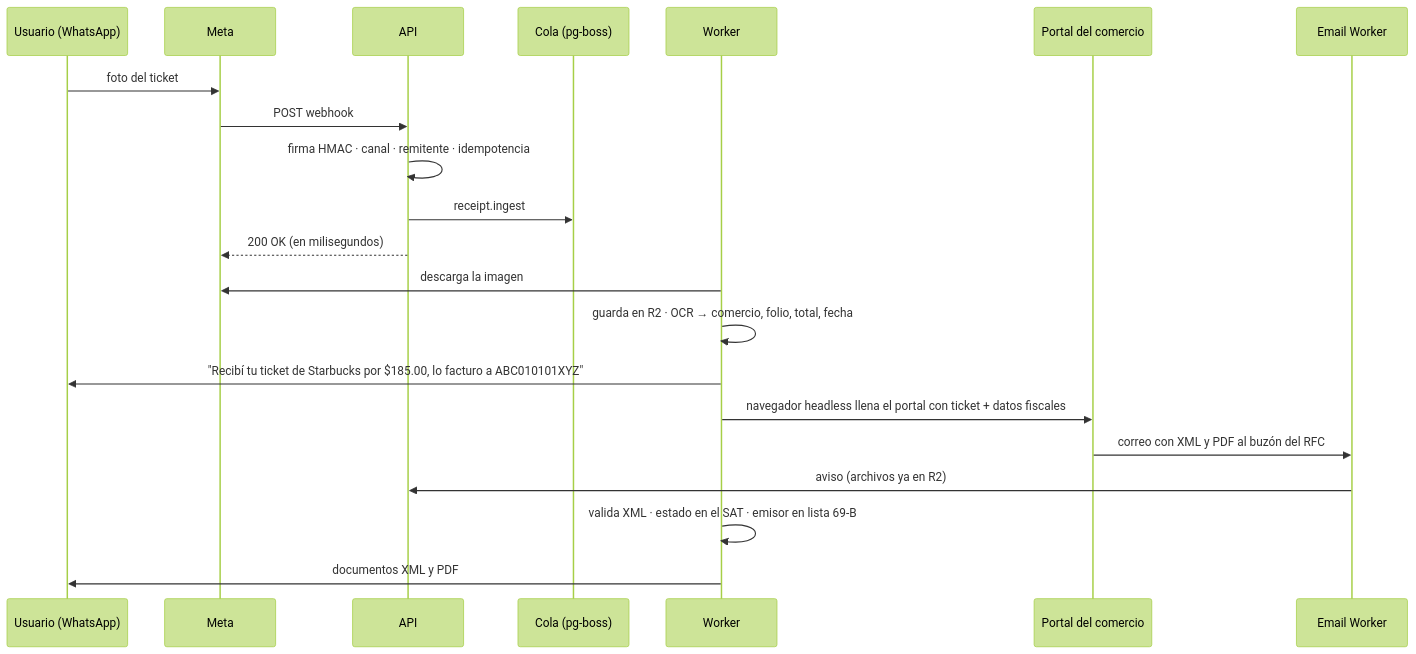
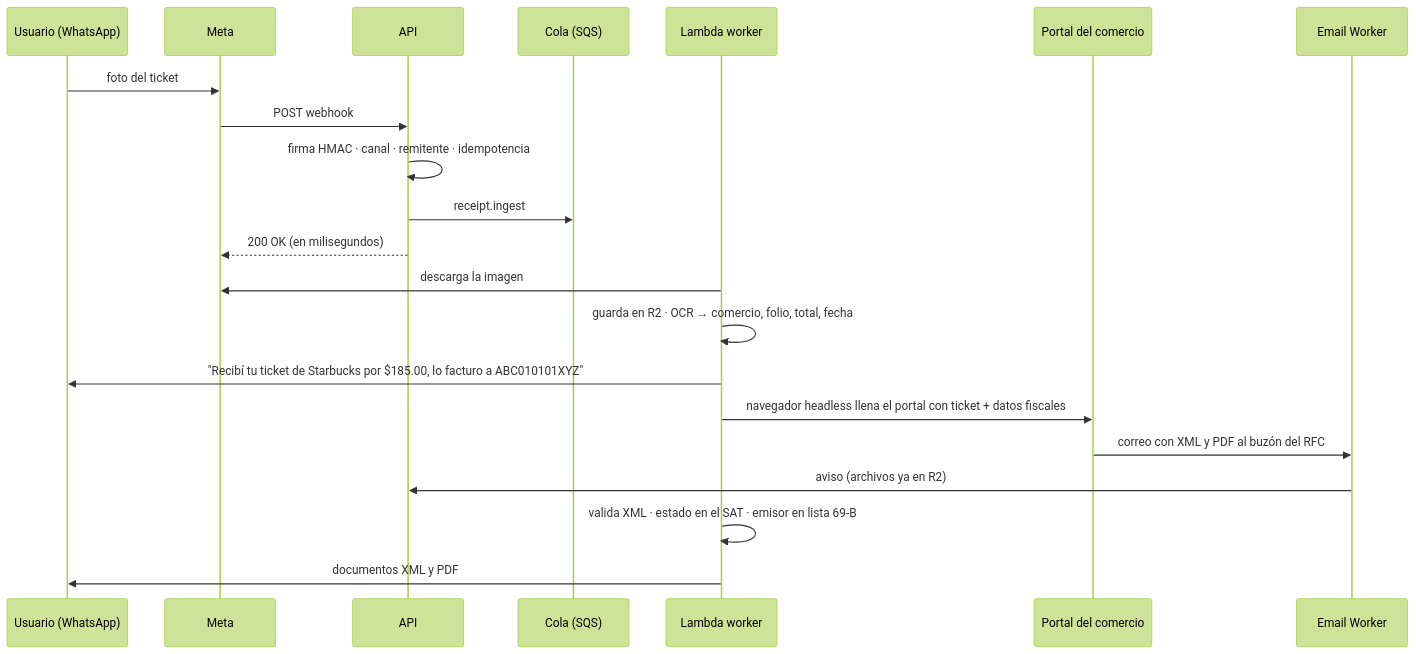
Before and after one commit to AldoRxz/Escala-Ticbo-backend: the sixth of 7 diagrams in docs/architecture/backend-design.md, drawn with Mermaid (forest theme). The commit also changed other lines of this file and 1 other file, not shown here.

Commit message:
Document Lambda, SQS and Supabase deployment architecture

````diff
--- a/docs/architecture/backend-design.md
+++ b/docs/architecture/backend-design.md
@@ -386,23 +418,23 @@
 ```mermaid
 sequenceDiagram
   participant U as Usuario (WhatsApp)
   participant M as Meta
   participant API
-  participant Q as Cola (pg-boss)
-  participant W as Worker
+  participant Q as Cola (SQS)
+  participant W as Lambda worker
   participant P as Portal del comercio
   participant E as Email Worker
   U->>M: foto del ticket
   M->>API: POST webhook
   API->>API: firma HMAC · canal · remitente · idempotencia
   API->>Q: receipt.ingest
   API-->>M: 200 OK (en milisegundos)
   W->>M: descarga la imagen
   W->>W: guarda en R2 · OCR → comercio, folio, total, fecha
   W->>U: "Recibí tu ticket de Starbucks por $185.00, lo facturo a ABC010101XYZ"
   W->>P: navegador headless llena el portal con ticket + datos fiscales
   P->>E: correo con XML y PDF al buzón del RFC
   E->>API: aviso (archivos ya en R2)
   W->>W: valida XML · estado en el SAT · emisor en lista 69-B
   W->>U: documentos XML y PDF
 ```
````
